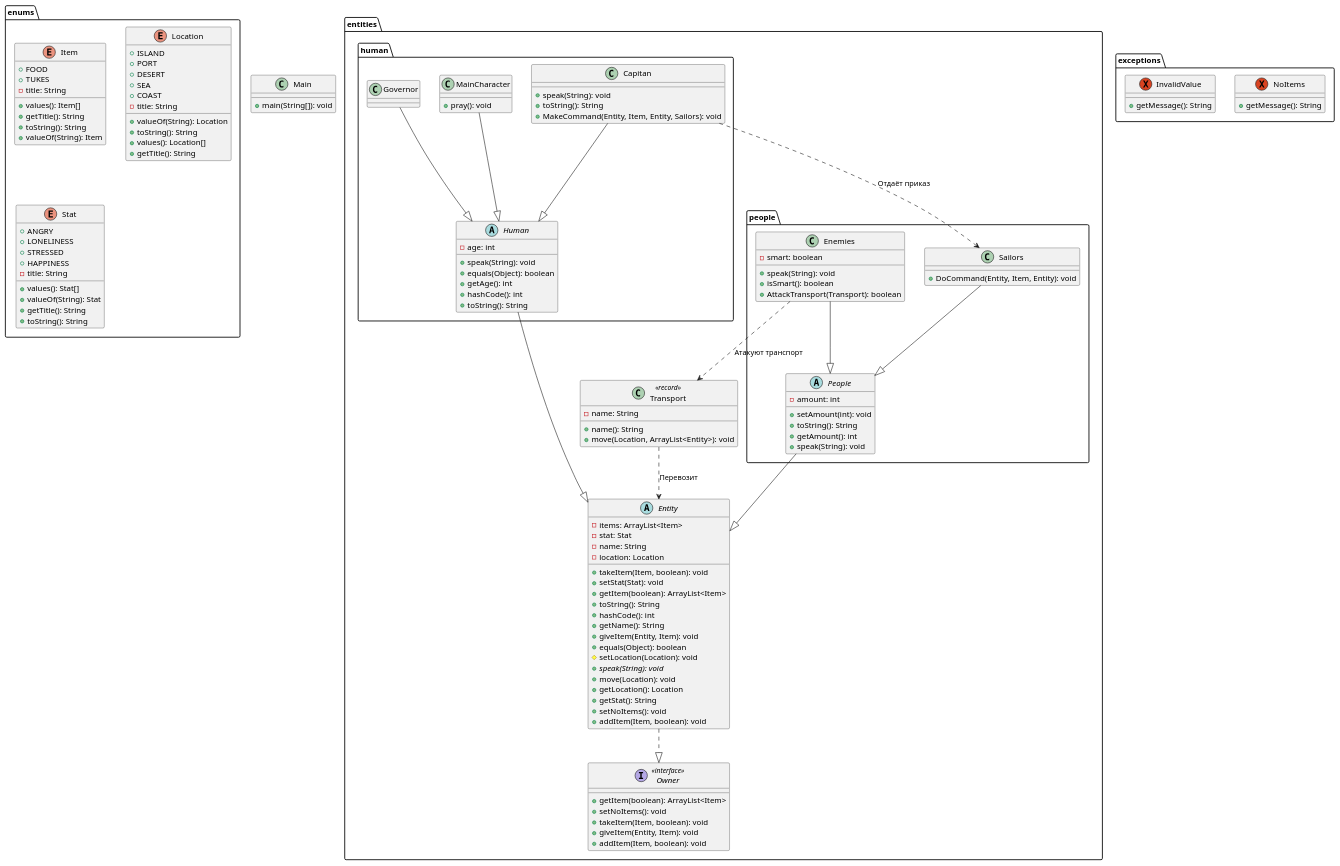
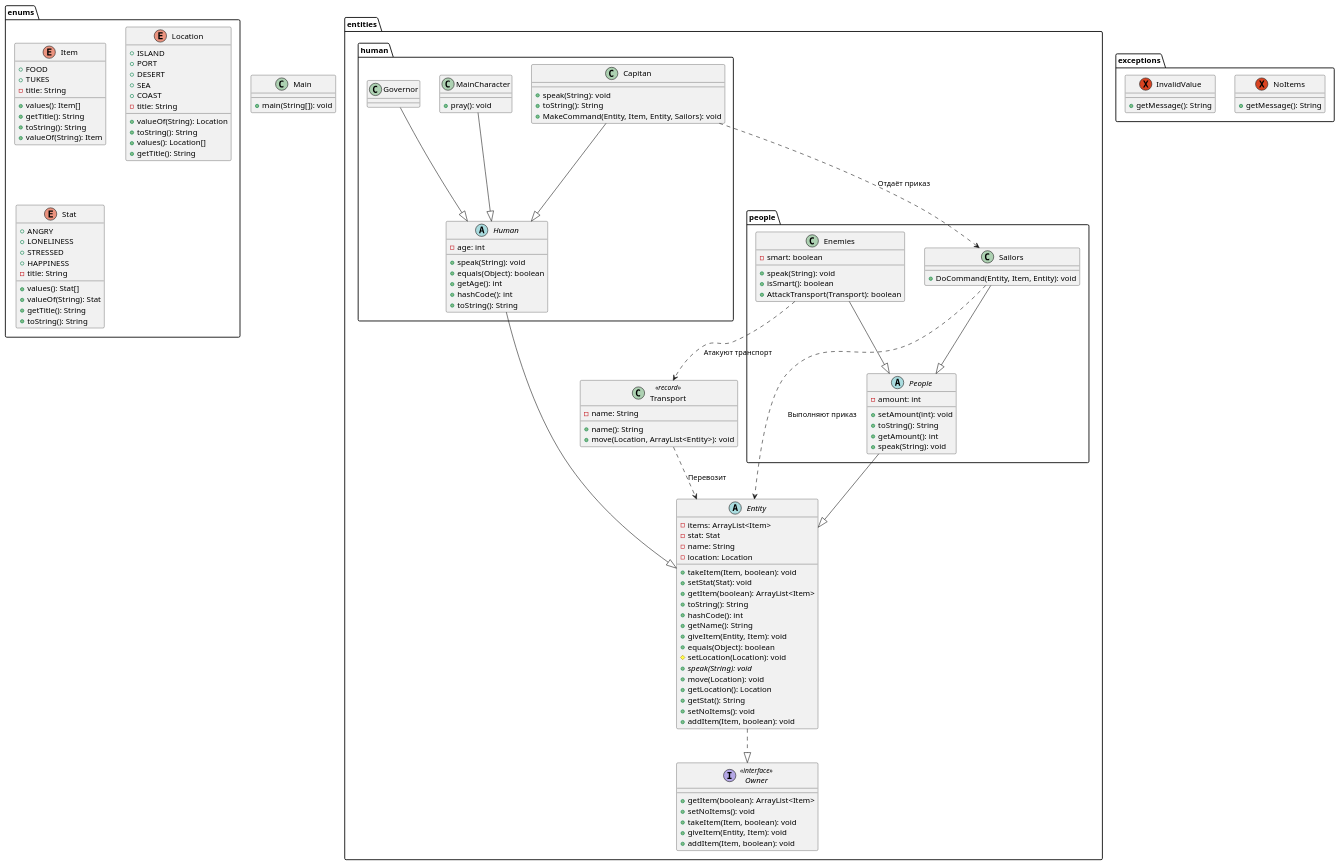
One commit to Dkanil/ITMO changed the diagram in semester1/programming/lab3/lab3.plantuml. Above: the diagram before and after it, drawn with PlantUML.

Commit message:
programming lab3 upd

```diff
--- a/semester1/programming/lab3/lab3.plantuml
+++ b/semester1/programming/lab3/lab3.plantuml
@@ -1,134 +1,135 @@
 @startuml
 
 package entities{
     abstract class Entity {
       - items: ArrayList<Item>
       - stat: Stat
       - name: String
       - location: Location
       + takeItem(Item, boolean): void
       + setStat(Stat): void
       + getItem(boolean): ArrayList<Item>
       + toString(): String
       + hashCode(): int
       + getName(): String
       + giveItem(Entity, Item): void
       + equals(Object): boolean
       # setLocation(Location): void
       + {abstract} speak(String): void
       + move(Location): void
       + getLocation(): Location
       + getStat(): String
       + setNoItems(): void
       + addItem(Item, boolean): void
     }
     interface Owner << interface >> {
       + getItem(boolean): ArrayList<Item>
       + setNoItems(): void
       + takeItem(Item, boolean): void
       + giveItem(Entity, Item): void
       + addItem(Item, boolean): void
     }
     class Transport <<record>> {
       - name: String
       + name(): String
       + move(Location, ArrayList<Entity>): void
     }
     package human{
         abstract class Human {
           - age: int
           + speak(String): void
           + equals(Object): boolean
           + getAge(): int
           + hashCode(): int
           + toString(): String
         }
         class Capitan {
           + speak(String): void
           + toString(): String
           + MakeCommand(Entity, Item, Entity, Sailors): void
         }
         class MainCharacter {
           + pray(): void
         }
         class Governor
     }
     package people{
         abstract class People {
           - amount: int
           + setAmount(int): void
           + toString(): String
           + getAmount(): int
           + speak(String): void
         }
         class Enemies {
           - smart: boolean
           + speak(String): void
           + isSmart(): boolean
           + AttackTransport(Transport): boolean
         }
         class Sailors {
           + DoCommand(Entity, Item, Entity): void
         }
     }
 }
 package enums{
     enum Item{
       + FOOD
       + TUKES
       - title: String
       + values(): Item[]
       + getTitle(): String
       + toString(): String
       + valueOf(String): Item
     }
     enum Location {
       + ISLAND
       + PORT
       + DESERT
       + SEA
       + COAST
       - title: String
       + valueOf(String): Location
       + toString(): String
       + values(): Location[]
       + getTitle(): String
     }
     enum Stat {
       + ANGRY
       + LONELINESS
       + STRESSED
       + HAPPINESS
       - title: String
       + values(): Stat[]
       + valueOf(String): Stat
       + getTitle(): String
       + toString(): String
     }
 }
 package exceptions{
     exception NoItems {
       + getMessage(): String
     }
     exception InvalidValue {
       + getMessage(): String
     }
 }
 
 class Main {
   + main(String[]): void
 }
 
 
 Entity         ..|>  Owner
 Human          --|>  Entity
 People         --|>  Entity
 Sailors        --|>  People
 Enemies        --|>  People
 Capitan        --|>  Human
 Governor       --|>  Human
 MainCharacter  --|>  Human
 Capitan        ..>   Sailors: Отдаёт приказ
+Sailors        ..>   Entity: Выполняют приказ
 Enemies        ..>   Transport: Атакуют транспорт
 Transport      ..>   Entity: Перевозит
 @enduml
```
